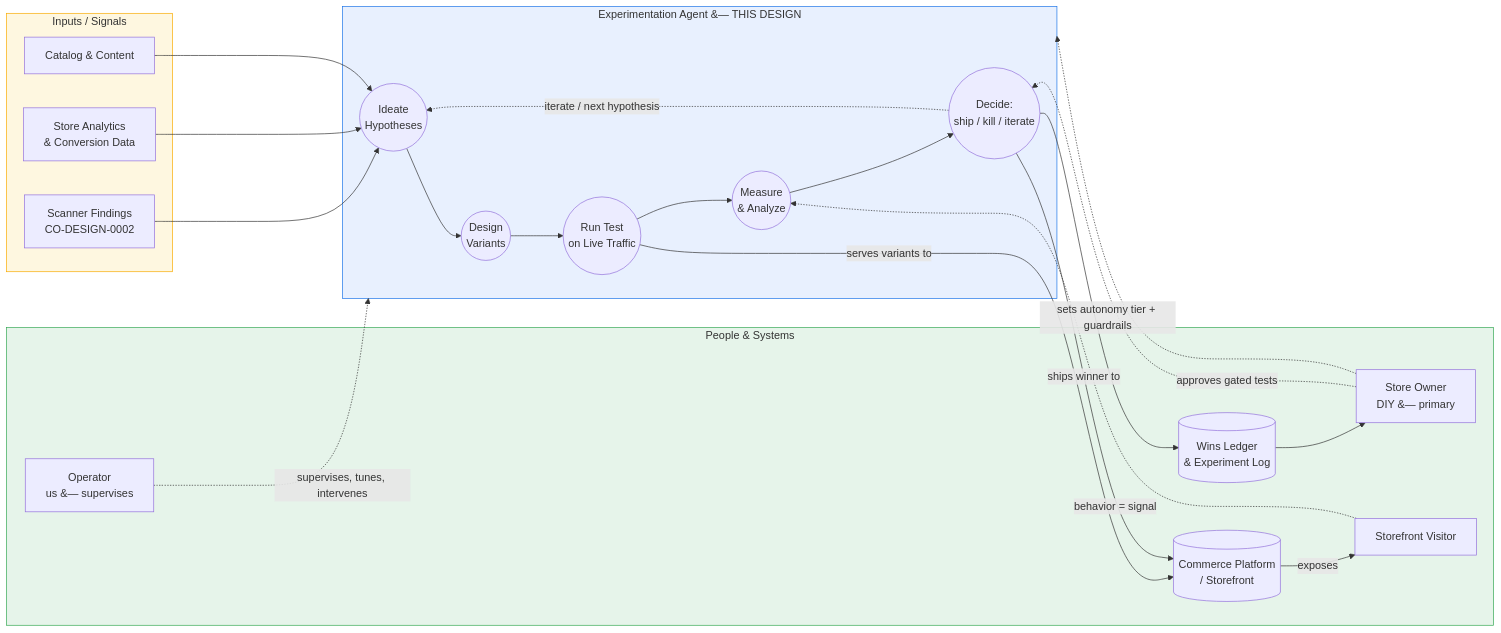
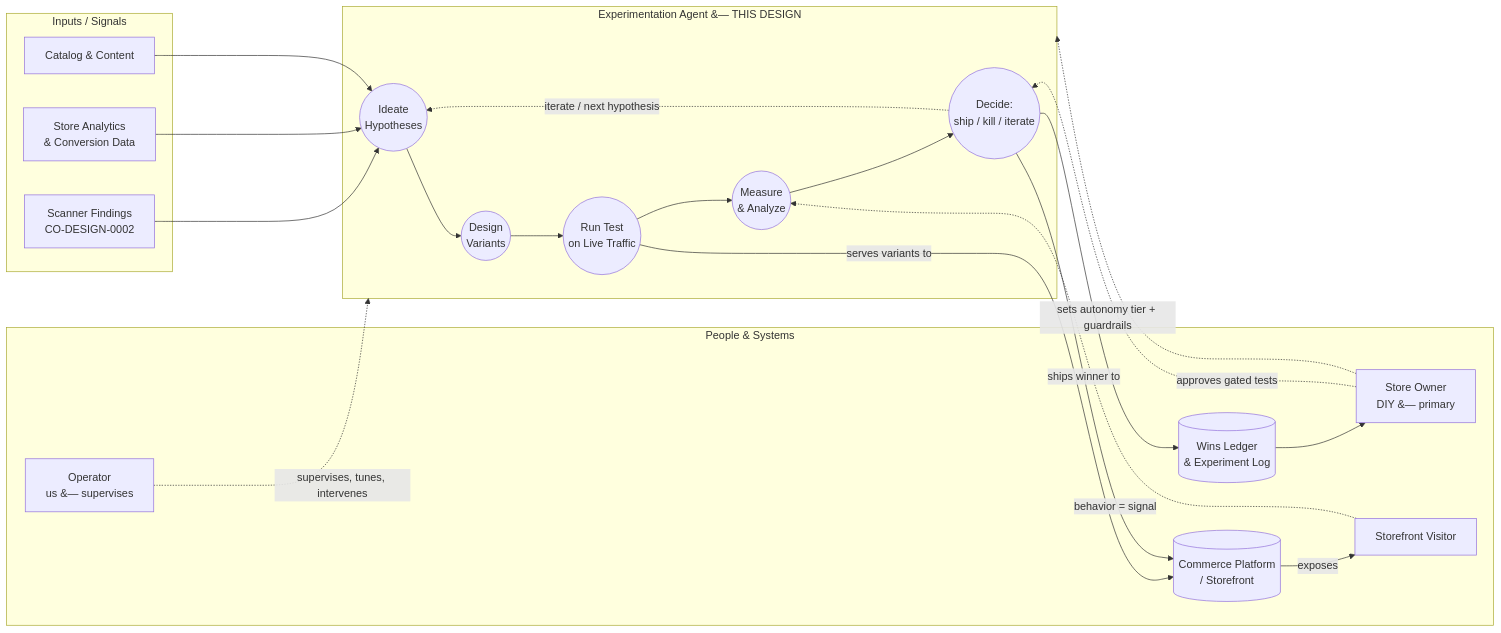
The first of 15 diagrams in bytesofpurpose-blog/designs/2026-06-22-self-healing-storefront.mdx (omars-lab/omars-lab.github.io), drawn with Mermaid before and after one commit. The commit also changed other lines of this file and 6 other files, not shown here.

First line of the commit message:
feat(designs): on-brand mermaid theme + dark-mode-adaptive diagrams

````diff
--- a/bytesofpurpose-blog/designs/2026-06-22-self-healing-storefront.mdx
+++ b/bytesofpurpose-blog/designs/2026-06-22-self-healing-storefront.mdx
@@ -79,44 +79,41 @@
 ```mermaid
 %% animate: flow
 graph LR
     subgraph signals["Inputs / Signals"]
         SCAN[Scanner Findings\nCO-DESIGN-0002]
         ANALYTICS[Store Analytics\n& Conversion Data]
         CATALOG[Catalog & Content]
     end
 
     subgraph engine["Experimentation Agent &#8212; THIS DESIGN"]
         IDEATE((Ideate\nHypotheses))
         DESIGN((Design\nVariants))
         RUN((Run Test\non Live Traffic))
         MEASURE((Measure\n& Analyze))
         DECIDE((Decide:\nship / kill / iterate))
     end
 
     subgraph people["People & Systems"]
         OWNER[Store Owner\nDIY &#8212; primary]
         OP[Operator\nus &#8212; supervises]
         STORE[(Commerce Platform\n/ Storefront)]
         SHOPPER[Storefront Visitor]
         LEDGER[(Wins Ledger\n& Experiment Log)]
     end
 
     SCAN --> IDEATE
     ANALYTICS --> IDEATE
     CATALOG --> IDEATE
     IDEATE --> DESIGN --> RUN --> MEASURE --> DECIDE
     DECIDE -.->|iterate / next hypothesis| IDEATE
     RUN -->|serves variants to| STORE
     STORE -->|exposes| SHOPPER
     SHOPPER -.->|behavior = signal| MEASURE
     DECIDE -->|ships winner to| STORE
     DECIDE --> LEDGER
     LEDGER --> OWNER
     OWNER -.->|sets autonomy tier + guardrails| engine
     OWNER -.->|approves gated tests| DECIDE
     OP -.->|supervises, tunes, intervenes| engine
 
-    style engine fill:#e8f0fe,stroke:#1a73e8
-    style signals fill:#fef7e0,stroke:#f9ab00
-    style people fill:#e6f4ea,stroke:#34a853
 ```
````
